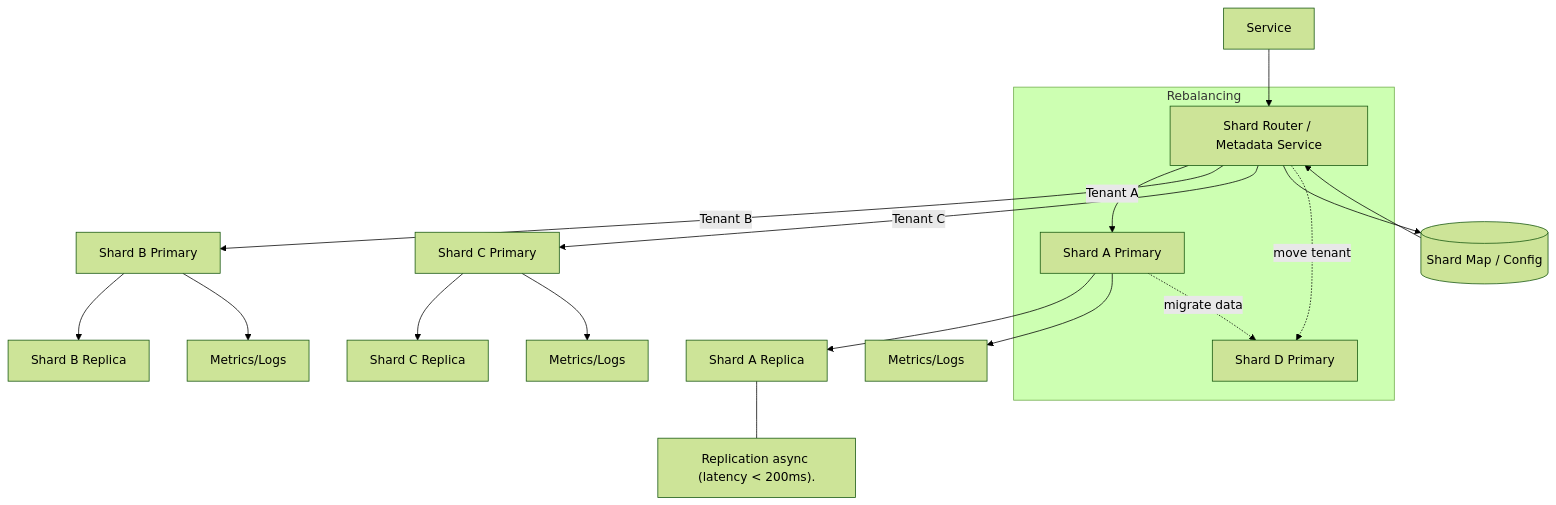
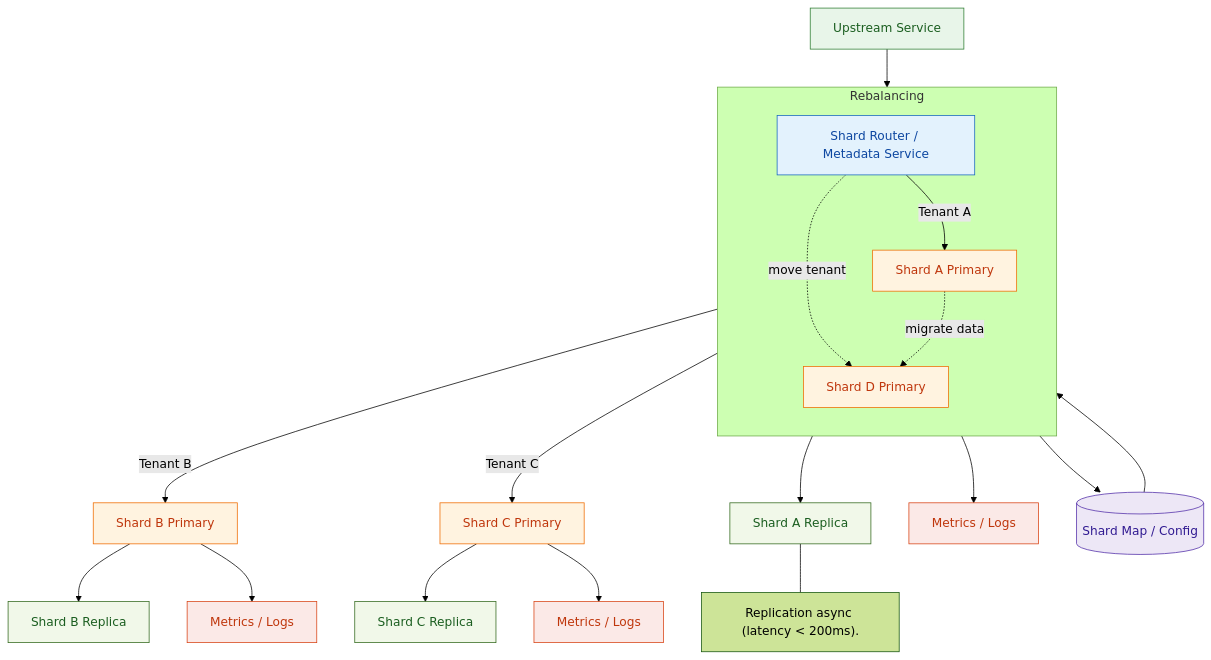
One commit to 1st/interview changed the diagram in 07. System Design/diagrams/data_sharding_map.md. Above: the diagram before and after it, drawn with Mermaid (forest theme). The commit also changed 6 other files, not shown here.

First line of the commit message:
Enhance interview and system design docs, update diagrams

````diff
--- a/07. System Design/diagrams/data_sharding_map.md
+++ b/07. System Design/diagrams/data_sharding_map.md
@@ -3,24 +3,39 @@
 ```mermaid
 graph TD
-    Client[Service] --> Router[Shard Router / Metadata Service]
+    classDef router fill:#e3f2fd,stroke:#1565c0,color:#0d47a1;
+    classDef primary fill:#fff3e0,stroke:#ef6c00,color:#bf360c;
+    classDef replica fill:#f1f8e9,stroke:#33691e,color:#1b5e20;
+    classDef observability fill:#fbe9e7,stroke:#d84315,color:#bf360c;
+    classDef metadata fill:#ede7f6,stroke:#512da8,color:#311b92;
+    classDef upstream fill:#e8f5e9,stroke:#2e7d32,color:#1b5e20;
+
+    ClientService[Upstream Service] --> Router[Shard Router / Metadata Service]
     Router -->|Tenant A| ShardAPrimary[Shard A Primary]
     Router -->|Tenant B| ShardBPrimary[Shard B Primary]
     Router -->|Tenant C| ShardCPrimary[Shard C Primary]
 
     ShardAPrimary --> ShardAReplica[Shard A Replica] --- Note["Replication async (latency < 200ms)."]
     ShardBPrimary --> ShardBReplica[Shard B Replica]
     ShardCPrimary --> ShardCReplica[Shard C Replica]
 
-    ShardAPrimary --> MonitoringA[Metrics/Logs]
-    ShardBPrimary --> MonitoringB[Metrics/Logs]
-    ShardCPrimary --> MonitoringC[Metrics/Logs]
+    ShardAPrimary --> MonitoringA[Metrics / Logs]
+    ShardBPrimary --> MonitoringB[Metrics / Logs]
+    ShardCPrimary --> MonitoringC[Metrics / Logs]
 
     Router --> Metadata[(Shard Map / Config)]
     Metadata --> Router
 
     subgraph Rebalancing
+        direction TB
         NewShard[Shard D Primary]
         Router -. move tenant .-> NewShard
         ShardAPrimary -. migrate data .-> NewShard
     end
+
+    class ClientService upstream;
+    class Router router;
+    class ShardAPrimary,ShardBPrimary,ShardCPrimary,NewShard primary;
+    class ShardAReplica,ShardBReplica,ShardCReplica replica;
+    class MonitoringA,MonitoringB,MonitoringC observability;
+    class Metadata metadata;
 ```
````
